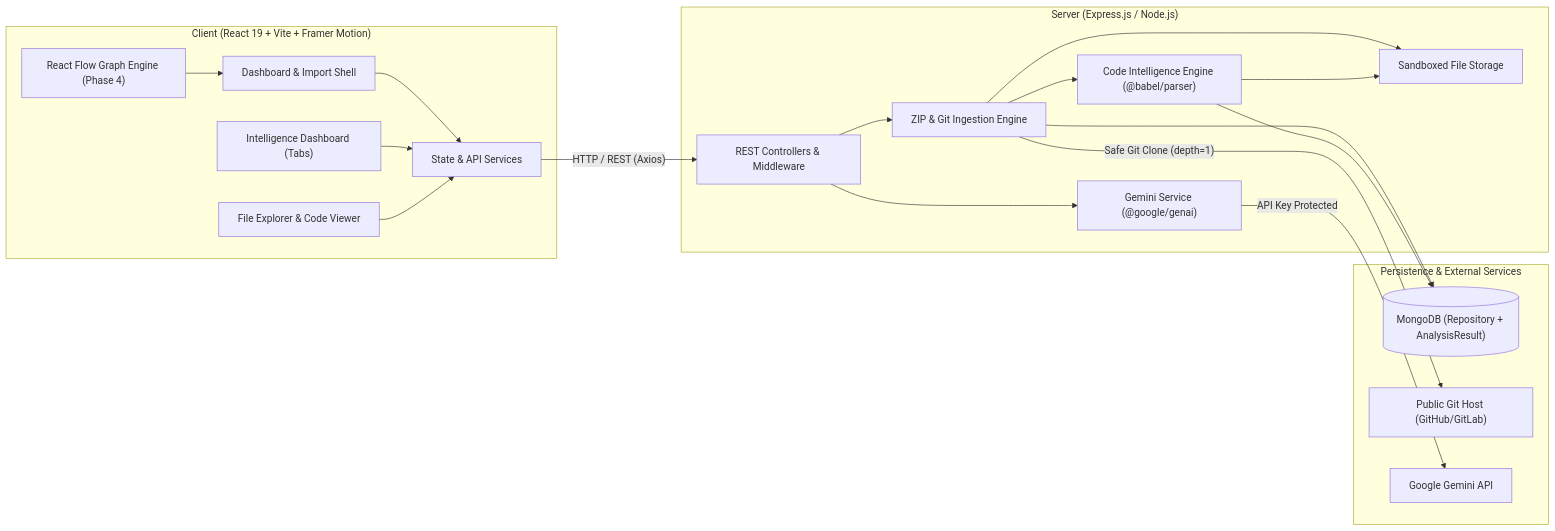
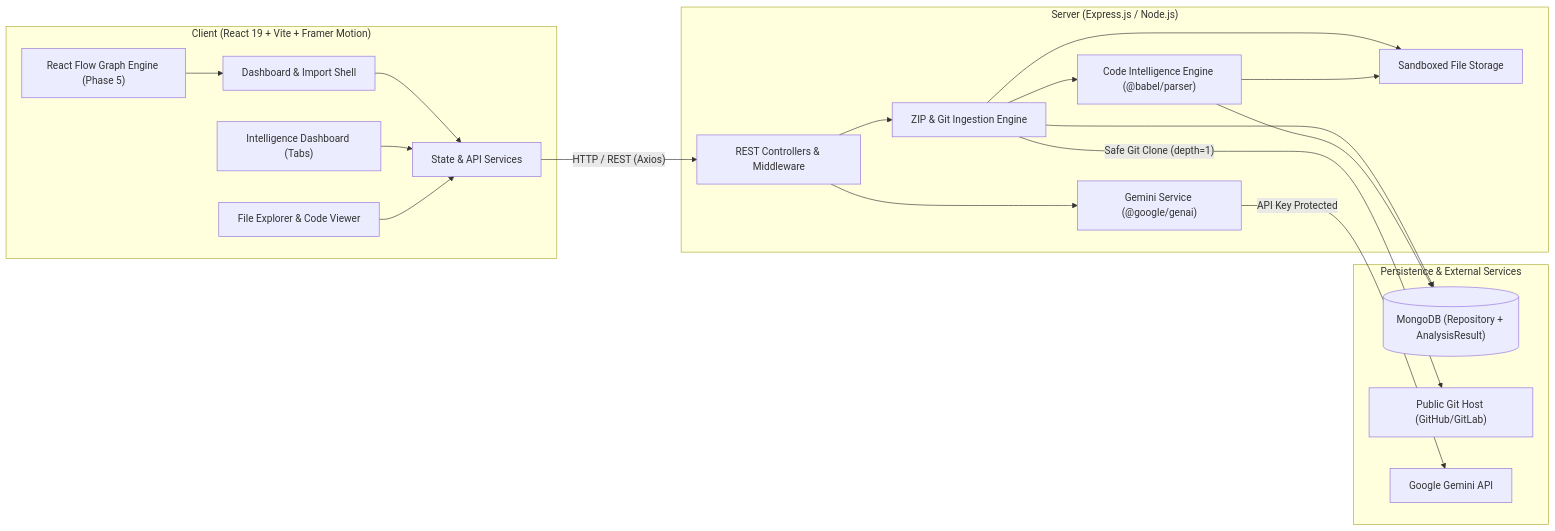
Before and after one commit to vrajsutariya/RepoLens: the first of 5 diagrams in docs/architecture.md, drawn with Mermaid. The commit also changed other lines of this file and 31 other files, not shown here.

````diff
--- a/docs/architecture.md
+++ b/docs/architecture.md
@@ -12,39 +12,39 @@
 ```mermaid
 flowchart LR
     subgraph Client["Client (React 19 + Vite + Framer Motion)"]
         UI["Dashboard & Import Shell"]
         Intelligence["Intelligence Dashboard (Tabs)"]
         Explorer["File Explorer & Code Viewer"]
-        Flow["React Flow Graph Engine (Phase 4)"]
+        Flow["React Flow Graph Engine (Phase 5)"]
         State["State & API Services"]
     end
 
     subgraph Server["Server (Express.js / Node.js)"]
         API["REST Controllers & Middleware"]
         Ingestion["ZIP & Git Ingestion Engine"]
         StorageMgr["Sandboxed File Storage"]
         Analyzer["Code Intelligence Engine (@babel/parser)"]
         GeminiSvc["Gemini Service (@google/genai)"]
     end
 
     subgraph Data["Persistence & External Services"]
         Mongo[("MongoDB (Repository + AnalysisResult)")]
         GitRemote["Public Git Host (GitHub/GitLab)"]
         GeminiAPI["Google Gemini API"]
     end
 
     UI --> State
     Intelligence --> State
     Explorer --> State
     State -->|"HTTP / REST (Axios)"| API
     Flow --> UI
     API --> Ingestion
     Ingestion --> StorageMgr
     Ingestion --> Mongo
     Ingestion --> Analyzer
     Analyzer --> StorageMgr
     Analyzer --> Mongo
     Ingestion -->|"Safe Git Clone (depth=1)"| GitRemote
     API --> GeminiSvc
     GeminiSvc -->|"API Key Protected"| GeminiAPI
 ```
````
